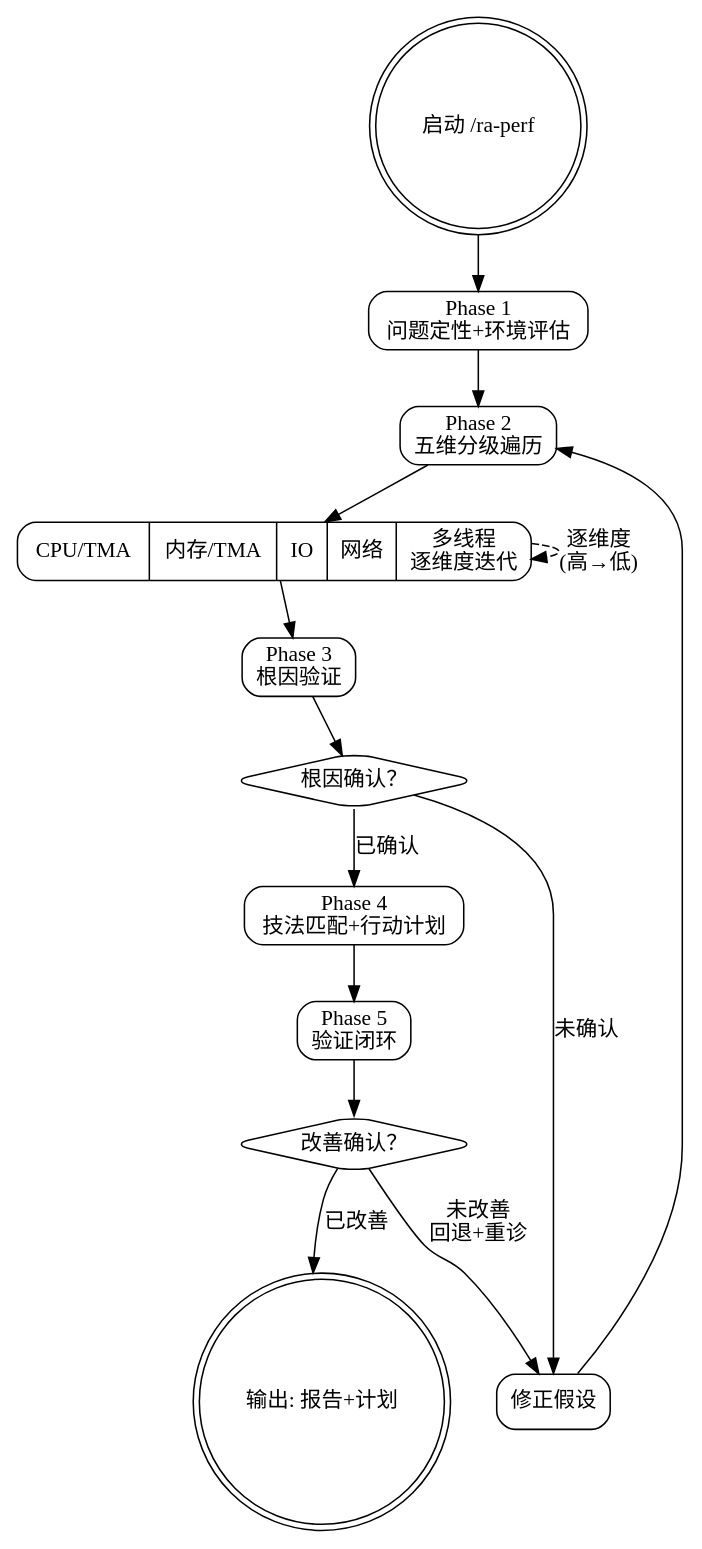
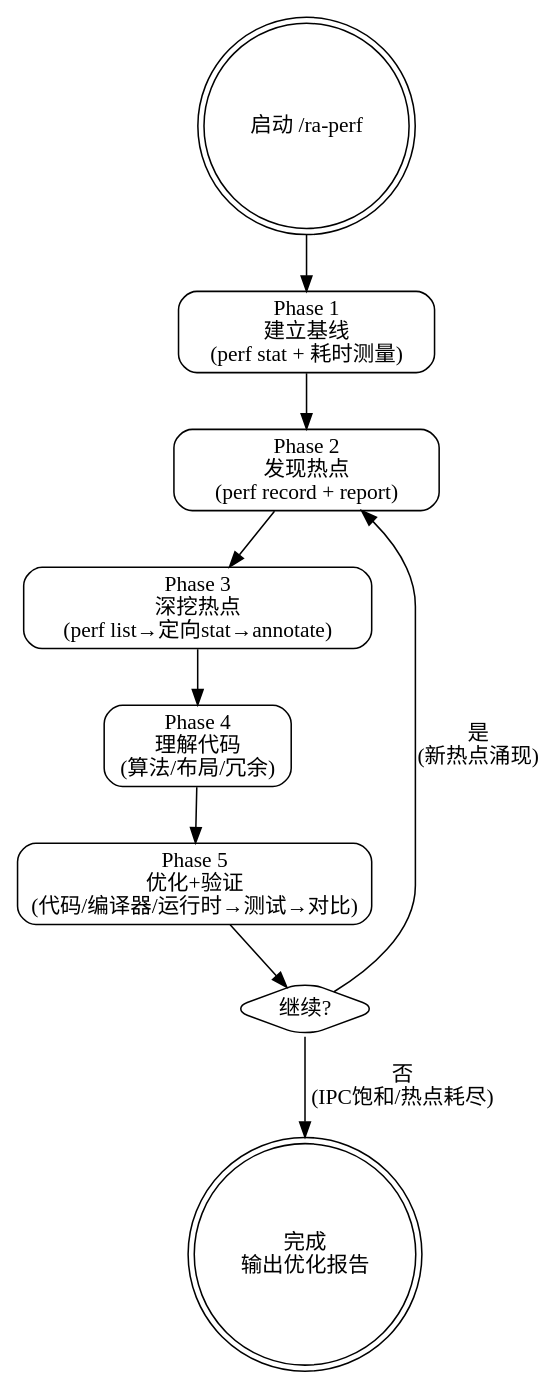
Before and after one commit to sueichen/reliable-agent: the diagram in skills/ra-perf/SKILL.md, drawn with Graphviz. The commit also changed other lines of this file and 11 other files, not shown here.

````diff
--- a/skills/ra-perf/SKILL.md
+++ b/skills/ra-perf/SKILL.md
@@ -28,32 +34,25 @@
 ```dot
-digraph reliable_perf {
+digraph ra_perf_v2 {
     rankdir=TB;
     node [shape=box, style=rounded];
 
     start [label="启动 /ra-perf", shape=doublecircle];
-    p1 [label="Phase 1\n问题定性+环境评估"];
-    p2 [label="Phase 2\n五维分级遍历"];
-    dims [label="CPU/TMA | 内存/TMA | IO | 网络 | 多线程\n逐维度迭代", shape=record];
-    p3 [label="Phase 3\n根因验证"];
-    confirmed [label="根因确认？", shape=diamond];
-    retreat [label="修正假设"];
-    p4 [label="Phase 4\n技法匹配+行动计划"];
-    p5 [label="Phase 5\n验证闭环"];
-    improved [label="改善确认？", shape=diamond];
-    done [label="输出: 报告+计划", shape=doublecircle];
+
+    p1 [label="Phase 1\n建立基线\n(perf stat + 耗时测量)"];
+    p2 [label="Phase 2\n发现热点\n(perf record + report)"];
+    p3 [label="Phase 3\n深挖热点\n(perf list→定向stat→annotate)"];
+    p4 [label="Phase 4\n理解代码\n(算法/布局/冗余)"];
+    p5 [label="Phase 5\n优化+验证\n(代码/编译器/运行时→测试→对比)"];
+    next [label="继续?", shape=diamond];
+    done [label="完成\n输出优化报告", shape=doublecircle];
 
     start -> p1;
     p1 -> p2;
-    p2 -> dims;
-    dims -> dims [label="逐维度\n(高→低)", style=dashed];
-    dims -> p3;
-    p3 -> confirmed;
-    confirmed -> retreat [label="未确认"];
-    retreat -> p2;
-    confirmed -> p4 [label="已确认"];
+    p2 -> p3;
+    p3 -> p4;
     p4 -> p5;
-    p5 -> improved;
-    improved -> retreat [label="未改善\n回退+重诊"];
-    improved -> done [label="已改善"];
+    p5 -> next;
+    next -> p2 [label="是\n(新热点涌现)"];
+    next -> done [label="否\n(IPC饱和/热点耗尽)"];
 }
 ```
````
